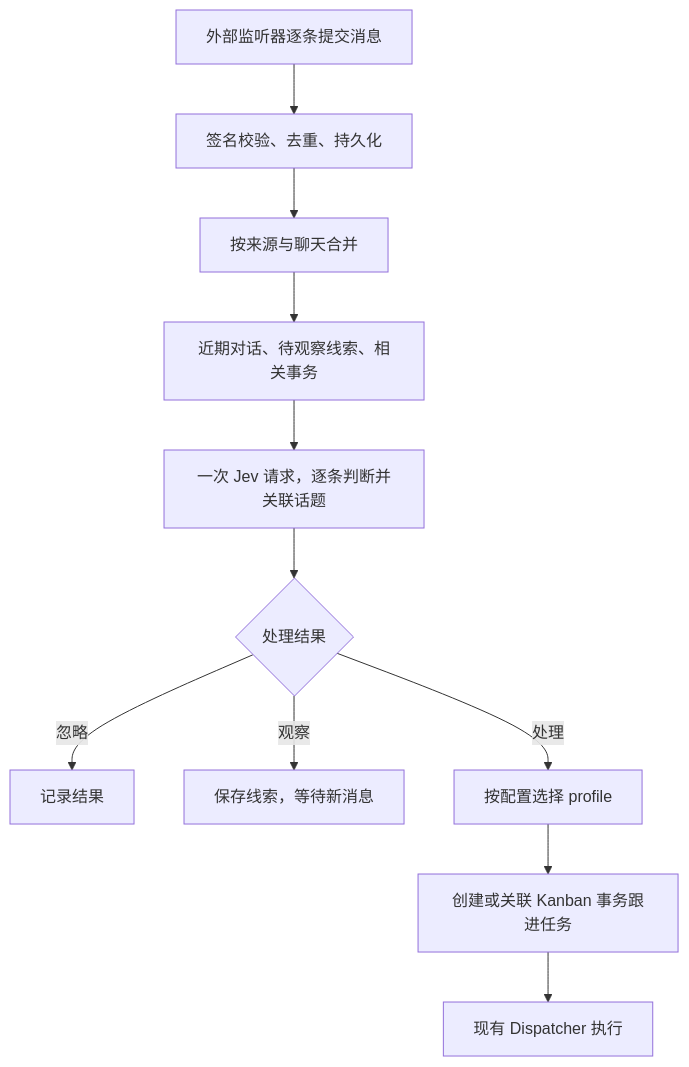
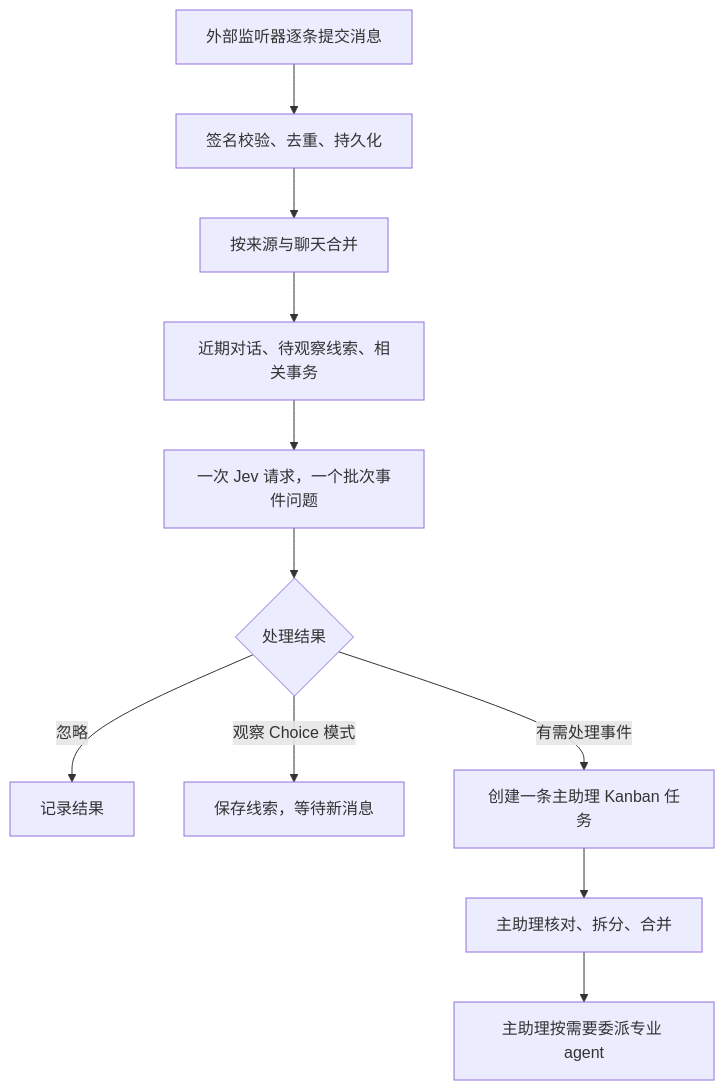
The diagram in README.md (xyyhhh/hermes-wechat-router), drawn with Mermaid before and after one commit. The commit also changed other lines of this file and 23 other files, not shown here.

````diff
--- a/README.md
+++ b/README.md
@@ -11,13 +11,13 @@
 ```mermaid
 flowchart TD
     A[外部监听器逐条提交消息] --> B[签名校验、去重、持久化]
     B --> C[按来源与聊天合并]
     C --> D[近期对话、待观察线索、相关事务]
-    D --> E[一次 Jev 请求，逐条判断并关联话题]
+    D --> E[一次 Jev 请求，一个批次事件问题]
     E --> F{处理结果}
     F -->|忽略| G[记录结果]
-    F -->|观察| H[保存线索，等待新消息]
-    F -->|处理| I[按配置选择 profile]
-    I --> J[创建或关联 Kanban 事务跟进任务]
-    J --> K[现有 Dispatcher 执行]
+    F -->|观察 Choice 模式| H[保存线索，等待新消息]
+    F -->|有需处理事件| I[创建一条主助理 Kanban 任务]
+    I --> J[主助理核对、拆分、合并]
+    J --> K[主助理按需要委派专业 agent]
 ```
````
